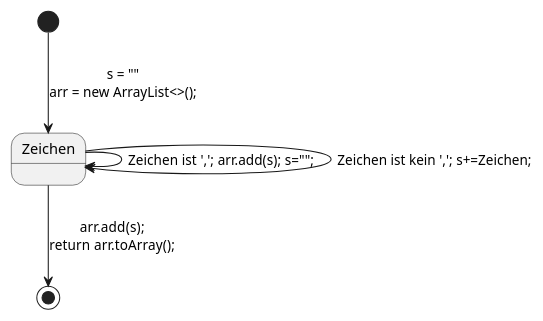
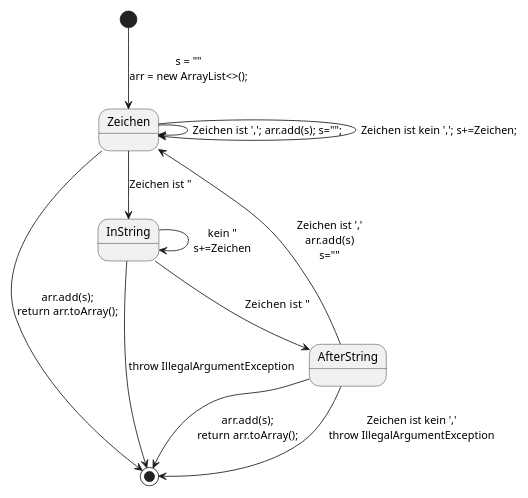
Before and after one commit to 1182-25-HTL3R/1182-25-HTL3R: the diagram in ue03/src/csv/FSM_CSVReader.puml, drawn with PlantUML. The commit also changed 1 other file, not shown here.

```diff
--- a/ue03/src/csv/FSM_CSVReader.puml
+++ b/ue03/src/csv/FSM_CSVReader.puml
@@ -8,10 +8,17 @@
 @startuml
 'https://plantuml.com/state-diagram
 
 scale 500 width
 [*] --> Zeichen: s = ""\narr = new ArrayList<>();
 Zeichen --> Zeichen: Zeichen ist ','; arr.add(s); s="";\t
 Zeichen --> Zeichen: Zeichen ist kein ','; s+=Zeichen;
 Zeichen --> [*]: arr.add(s);\nreturn arr.toArray();
+Zeichen --> InString: Zeichen ist "
+InString --> InString: kein "\ns+=Zeichen
+InString --> [*]: throw IllegalArgumentException
+InString --> AfterString: Zeichen ist  "
+AfterString --> Zeichen: Zeichen ist ','\narr.add(s)\ns=""
+AfterString --> [*]: arr.add(s);\nreturn arr.toArray();
+AfterString --> [*]: Zeichen ist kein ','\nthrow IllegalArgumentException
 
 @enduml
```
